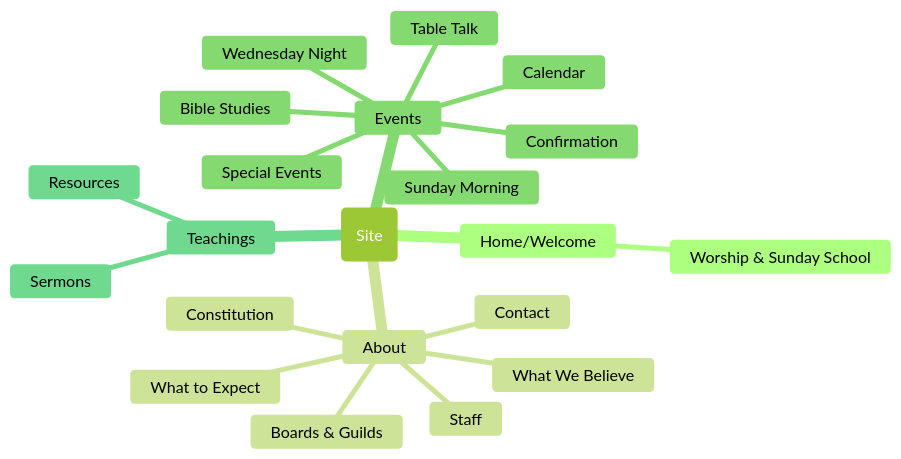
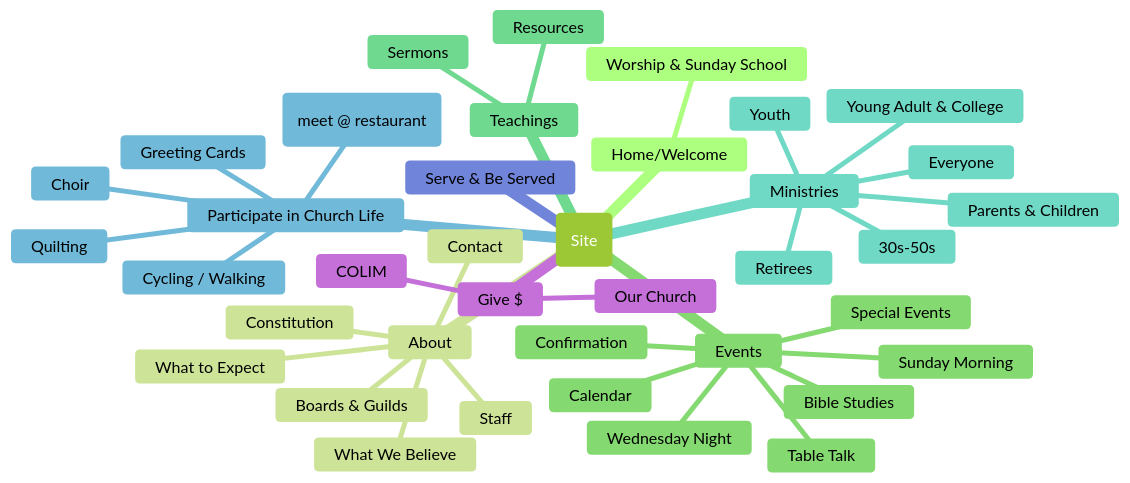
The diagram in README.md (brain-fuel/org.hopelutheransunbury), drawn with Mermaid (forest theme) before and after one commit. The commit also changed other lines of this file, not shown here.

Commit message:
add more to outline

````diff
--- a/README.md
+++ b/README.md
@@ -3,25 +3,41 @@
 ```mermaid
 mindmap
 root(Site)
   Home/Welcome
     Worship & Sunday School
   About
     What to Expect
     What We Believe
     Constitution
     Contact
     Staff
     Boards & Guilds
   Events
     Sunday Morning
     Wednesday Night
     Special Events
     Bible Studies
     Table Talk
     Confirmation
     Calendar
   Teachings
     Sermons
     Resources
-    
+  Ministries
+    Everyone
+    Parents & Children
+    Youth
+    Young Adult & College
+    30s-50s
+    Retirees
+  Participate in Church Life
+    Choir
+    Cycling / Walking
+    Greeting Cards
+    Quilting
+    Terrific Tuesdays (meet @ restaurant)
+  Serve & Be Served
+  Give $
+    Our Church
+    COLIM
 ```
````
